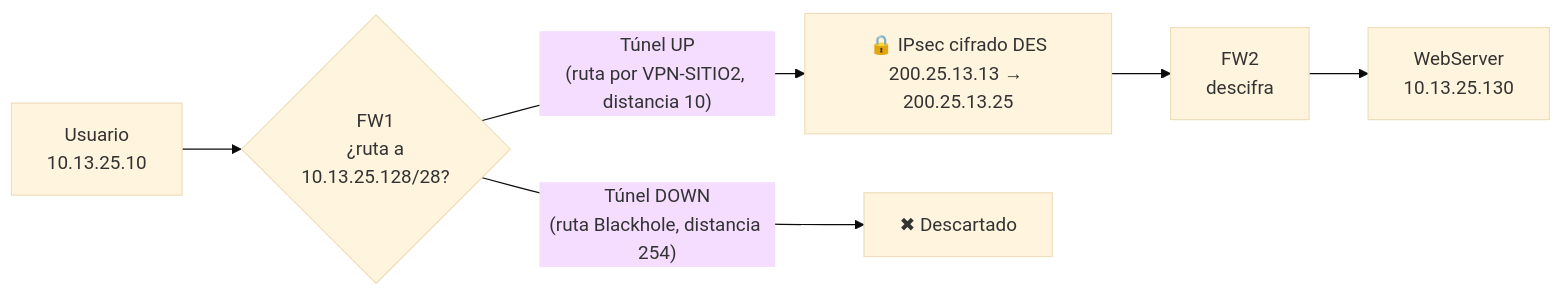
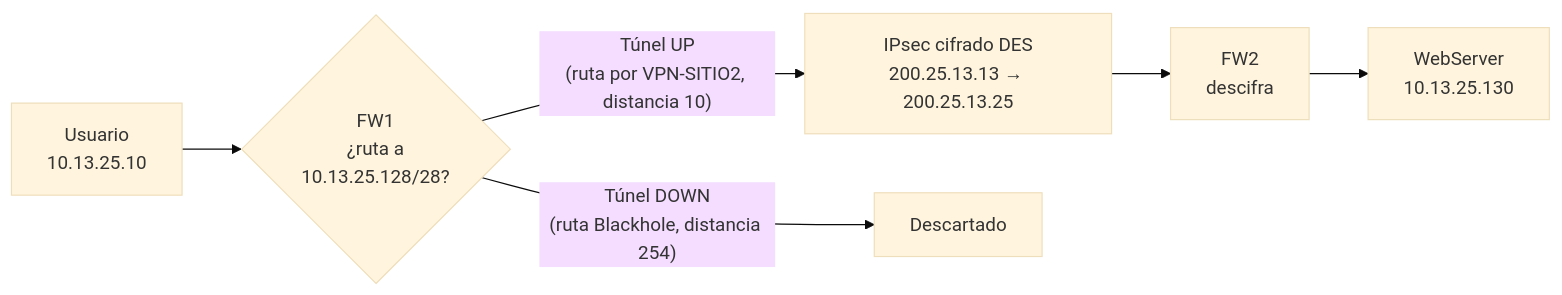
The second of 3 diagrams in README.md (OAPR2000/Infrastructura1-Fortigate-Fortigate-Omar-Paulino-2025-1325), drawn with Mermaid (base theme) before and after one commit. The commit also changed other lines of this file, not shown here.

````diff
--- a/README.md
+++ b/README.md
@@ -91,7 +91,7 @@
 ```mermaid
 flowchart LR
     U["Usuario<br/>10.13.25.10"] --> FW1{"FW1<br/>¿ruta a<br/>10.13.25.128/28?"}
-    FW1 -- "Túnel UP<br/>(ruta por VPN-SITIO2, distancia 10)" --> T["🔒 IPsec cifrado DES<br/>200.25.13.13 → 200.25.13.25"]
+    FW1 -- "Túnel UP<br/>(ruta por VPN-SITIO2, distancia 10)" --> T["IPsec cifrado DES<br/>200.25.13.13 → 200.25.13.25"]
     T --> FW2["FW2<br/>descifra"] --> WS["WebServer<br/>10.13.25.130"]
-    FW1 -- "Túnel DOWN<br/>(ruta Blackhole, distancia 254)" --> X["✖ Descartado"]
+    FW1 -- "Túnel DOWN<br/>(ruta Blackhole, distancia 254)" --> X["Descartado"]
 ```
````
